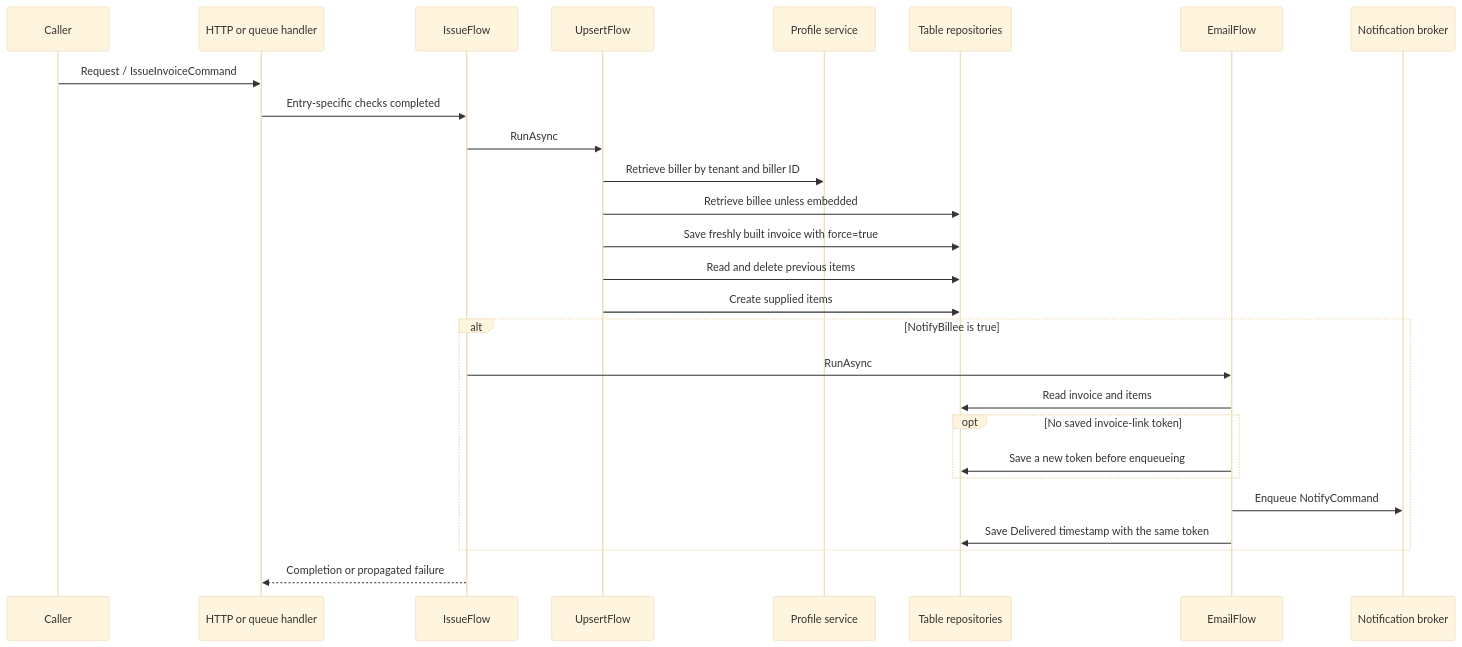
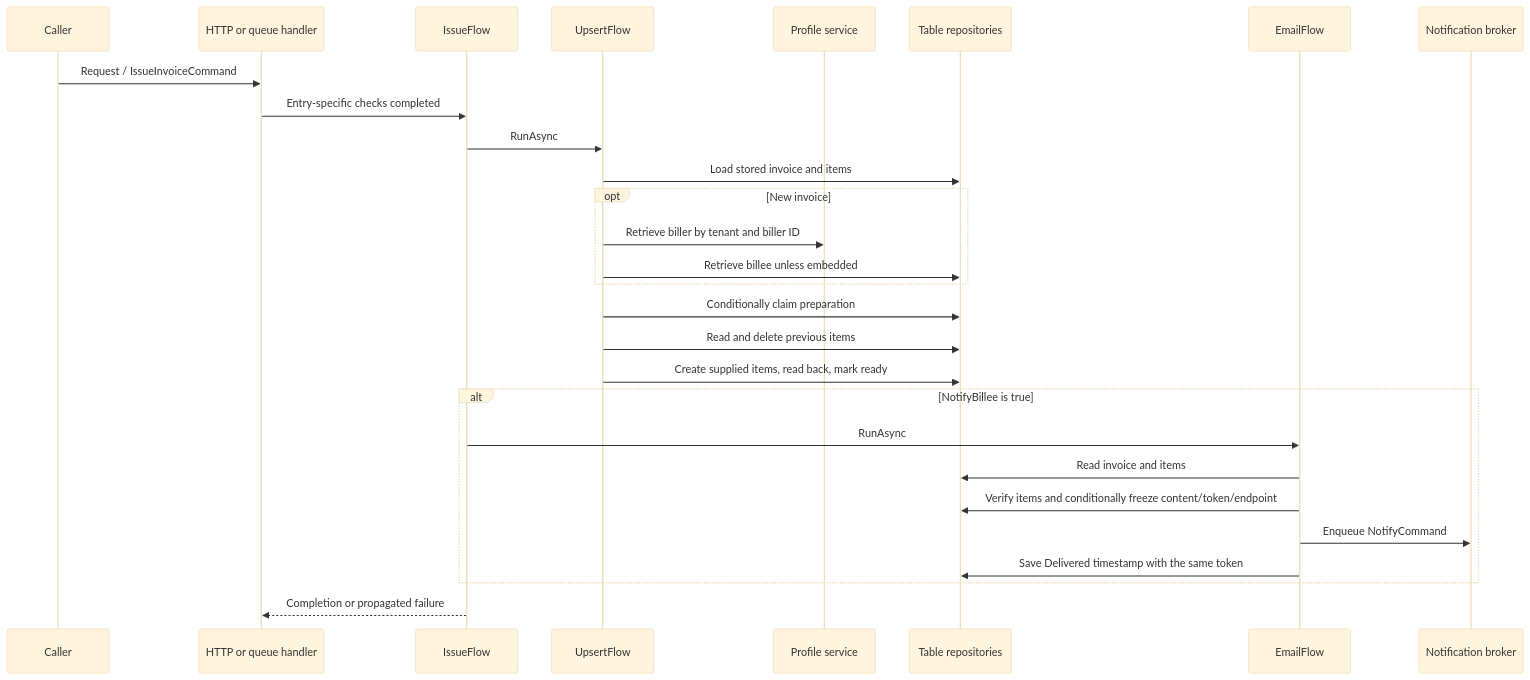
The second of 2 diagrams in docs/architecture.md (niobium-nz/Niobium.Invoicing), drawn with Mermaid (base theme) before and after one commit. The commit also changed other lines of this file and 38 other files, not shown here.

````diff
--- a/docs/architecture.md
+++ b/docs/architecture.md
@@ -43,29 +43,30 @@
 ```mermaid
 sequenceDiagram
     participant Caller
     participant Entry as HTTP or queue handler
     participant Issue as IssueFlow
     participant Upsert as UpsertFlow
     participant Profile as Profile service
     participant DB as Table repositories
     participant Email as EmailFlow
     participant Bus as Notification broker
     Caller->>Entry: Request / IssueInvoiceCommand
     Entry->>Issue: Entry-specific checks completed
     Issue->>Upsert: RunAsync
-    Upsert->>Profile: Retrieve biller by tenant and biller ID
-    Upsert->>DB: Retrieve billee unless embedded
-    Upsert->>DB: Save freshly built invoice with force=true
+    Upsert->>DB: Load stored invoice and items
+    opt New invoice
+        Upsert->>Profile: Retrieve biller by tenant and biller ID
+        Upsert->>DB: Retrieve billee unless embedded
+    end
+    Upsert->>DB: Conditionally claim preparation
     Upsert->>DB: Read and delete previous items
-    Upsert->>DB: Create supplied items
+    Upsert->>DB: Create supplied items, read back, mark ready
     alt NotifyBillee is true
         Issue->>Email: RunAsync
         Email->>DB: Read invoice and items
-        opt No saved invoice-link token
-            Email->>DB: Save a new token before enqueueing
-        end
+        Email->>DB: Verify items and conditionally freeze content/token/endpoint
         Email->>Bus: Enqueue NotifyCommand
         Email->>DB: Save Delivered timestamp with the same token
     end
     Issue-->>Entry: Completion or propagated failure
 ```
````
